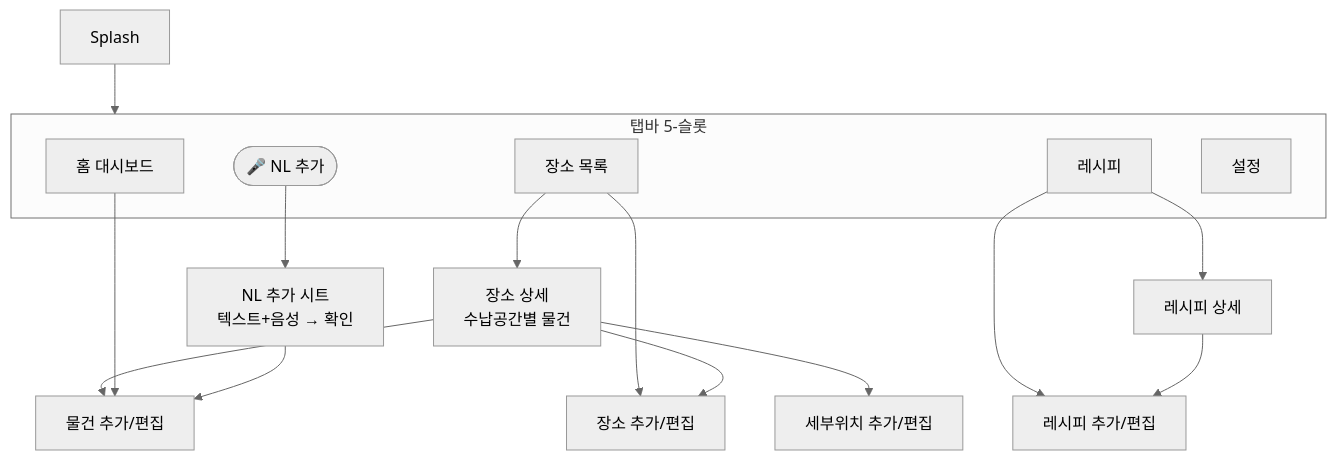
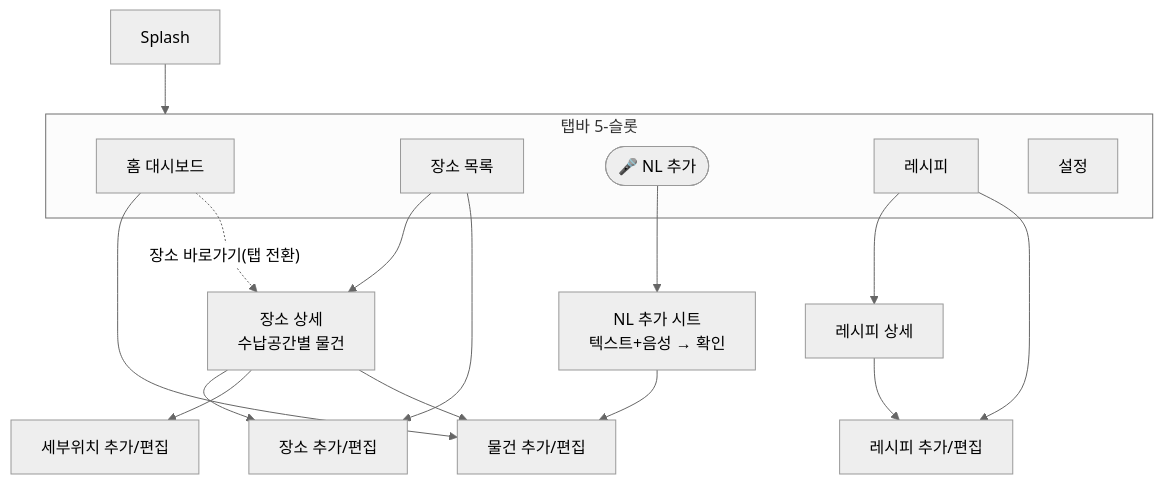
Before and after one commit to lks574/HomePinApp_iOS: the diagram in docs/screen-map.md, drawn with Mermaid (neutral theme). The commit also changed 8 other files, not shown here.

````diff
--- a/docs/screen-map.md
+++ b/docs/screen-map.md
@@ -15,22 +15,23 @@
 ```mermaid
 flowchart TD
     Splash --> Tab
     subgraph Tab[탭바 5-슬롯]
       Home[홈 대시보드]
       Places[장소 목록]
       Mic([🎤 NL 추가])
       Recipes[레시피]
       Settings[설정]
     end
     Places --> PlaceDetail[장소 상세<br/>수납공간별 물건]
     Places --> PlaceEditor[장소 추가/편집]
     PlaceDetail --> PlaceEditor
     PlaceDetail --> SpotEditor[세부위치 추가/편집]
     PlaceDetail --> ItemEditor[물건 추가/편집]
     Home --> ItemEditor
+    Home -. 장소 바로가기(탭 전환) .-> PlaceDetail
     Capture --> ItemEditor
     Mic --> Capture[NL 추가 시트<br/>텍스트+음성 → 확인]
     Recipes --> RecipeDetail[레시피 상세]
     Recipes --> RecipeEditor[레시피 추가/편집]
     RecipeDetail --> RecipeEditor
 ```
````
